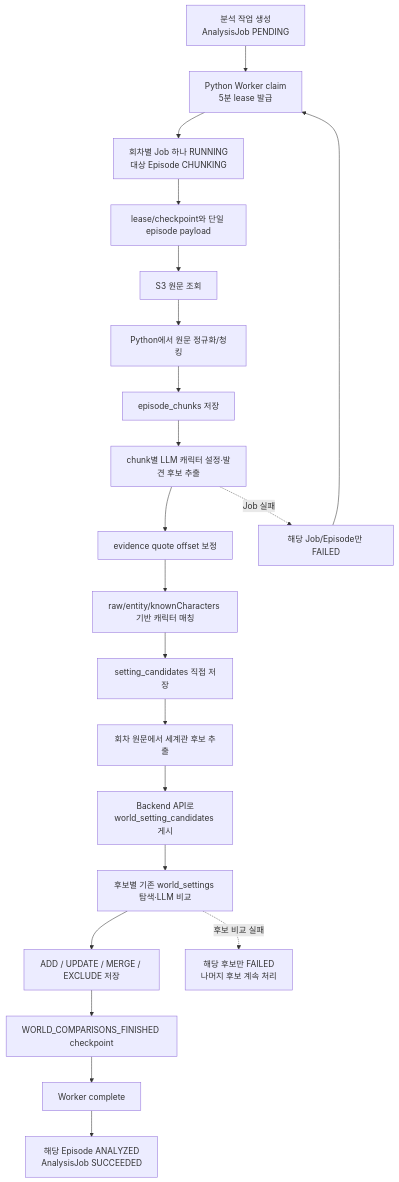
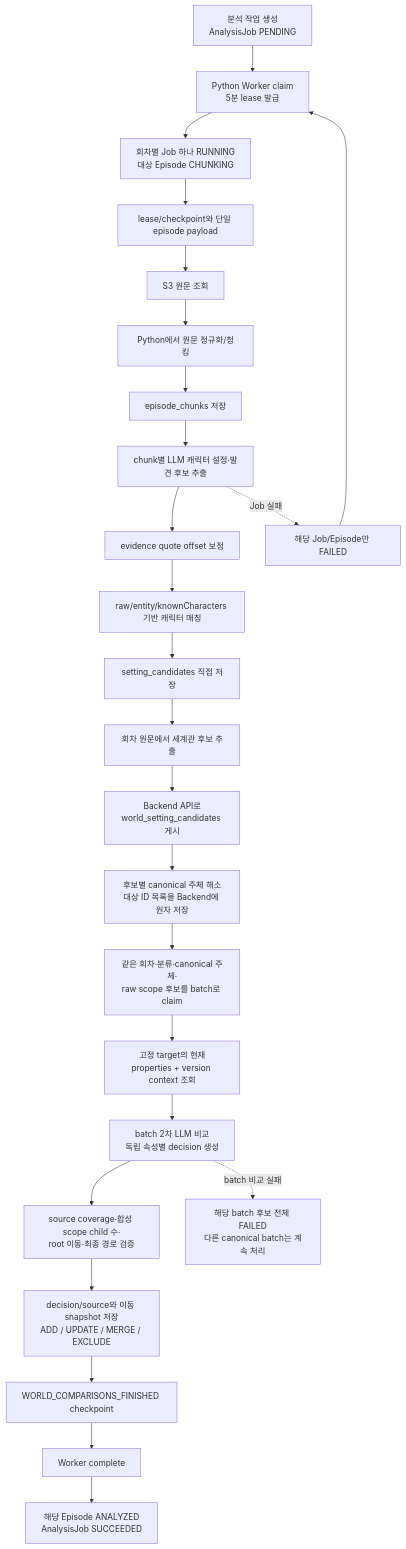
The second of 12 diagrams in docs/analysis-workflow.md (catchhole-soma/catchhole-backend-java), drawn with Mermaid before and after one commit. The commit also changed other lines of this file and 3 other files, not shown here.

````diff
--- a/docs/analysis-workflow.md
+++ b/docs/analysis-workflow.md
@@ -32,23 +32,27 @@
 ```mermaid
 flowchart TD
     A["분석 작업 생성<br/>AnalysisJob PENDING"] --> B["Python Worker claim<br/>5분 lease 발급"]
     B --> C["회차별 Job 하나 RUNNING<br/>대상 Episode CHUNKING"]
     C --> D["lease/checkpoint와 단일 episode payload"]
     D --> E["S3 원문 조회"]
     E --> F["Python에서 원문 정규화/청킹"]
     F --> G["episode_chunks 저장"]
     G --> H["chunk별 LLM 캐릭터 설정·발견 후보 추출"]
     H --> I["evidence quote offset 보정"]
     I --> J["raw/entity/knownCharacters 기반 캐릭터 매칭"]
     J --> K["setting_candidates 직접 저장"]
     K --> L["회차 원문에서 세계관 후보 추출"]
     L --> M["Backend API로<br/>world_setting_candidates 게시"]
-    M --> N["후보별 기존 world_settings 탐색·LLM 비교"]
-    N --> O["ADD / UPDATE / MERGE / EXCLUDE 저장"]
-    O --> P["WORLD_COMPARISONS_FINISHED checkpoint"]
-    P --> Q["Worker complete"]
-    Q --> R["해당 Episode ANALYZED<br/>AnalysisJob SUCCEEDED"]
-    N -. "후보 비교 실패" .-> Y["해당 후보만 FAILED<br/>나머지 후보 계속 처리"]
+    M --> N["후보별 canonical 주체 해소<br/>대상 ID 목록을 Backend에 원자 저장"]
+    N --> O["같은 회차·분류·canonical 주체·<br/>raw scope 후보를 batch로 claim"]
+    O --> P["고정 target의 현재<br/>properties + version context 조회"]
+    P --> Q["batch 2차 LLM 비교<br/>독립 속성별 decision 생성"]
+    Q --> R["source coverage·합성 scope child 수·<br/>root 이동·최종 경로 검증"]
+    R --> S["decision/source와 이동 snapshot 저장<br/>ADD / UPDATE / MERGE / EXCLUDE"]
+    S --> T["WORLD_COMPARISONS_FINISHED checkpoint"]
+    T --> U["Worker complete"]
+    U --> V["해당 Episode ANALYZED<br/>AnalysisJob SUCCEEDED"]
+    Q -. "batch 비교 실패" .-> Y["해당 batch 후보 전체 FAILED<br/>다른 canonical batch는 계속 처리"]
     H -. "Job 실패" .-> X["해당 Job/Episode만 FAILED"]
     X --> B
 ```
````
